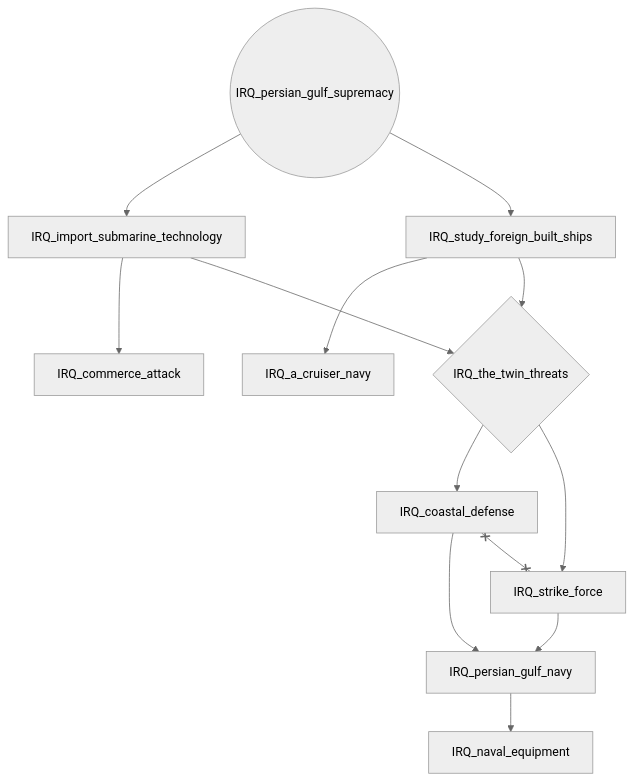
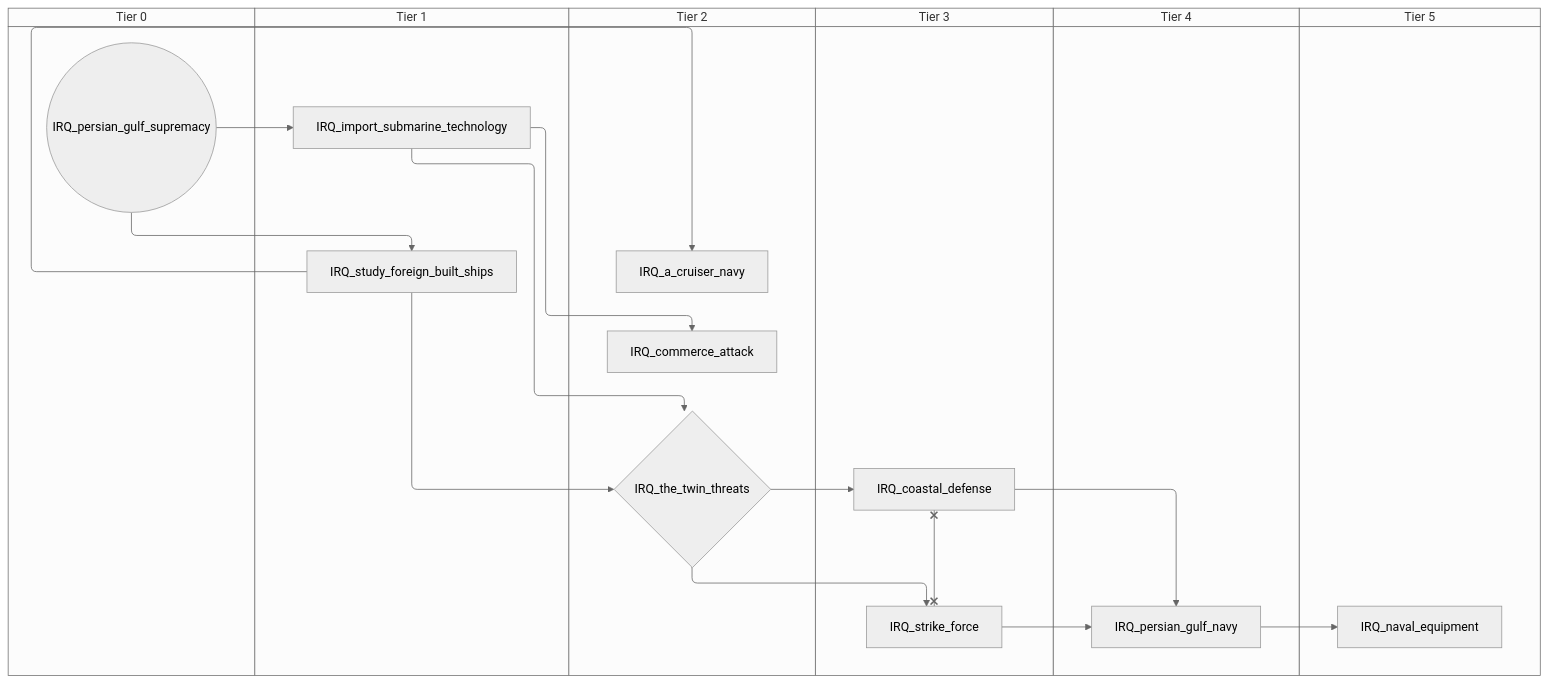
The third of 6 diagrams in docs/gdd/National Focuses/r56_iraq.md (evgeny-sobol/hoi4-sandbox-mode-r56), drawn with Mermaid (neutral theme) before and after one commit. The commit also changed other lines of this file and 423 other files, not shown here.

First line of the commit message:
Re-export Rt56 focus trees as swimlane diagrams

````diff
--- a/docs/gdd/National Focuses/r56_iraq.md
+++ b/docs/gdd/National Focuses/r56_iraq.md
@@ -77,25 +105,37 @@
 ```mermaid
-flowchart TD
-    n29["IRQ_a_cruiser_navy"]
-    n30["IRQ_coastal_defense"]
-    n31["IRQ_commerce_attack"]
-    n32["IRQ_import_submarine_technology"]
-    n33["IRQ_naval_equipment"]
-    n34["IRQ_persian_gulf_navy"]
-    n35(("IRQ_persian_gulf_supremacy"))
-    n36["IRQ_strike_force"]
-    n37["IRQ_study_foreign_built_ships"]
-    n38{"IRQ_the_twin_threats"}
-    n37 --> n29
-    n38 --> n30
-    n32 --> n31
-    n35 --> n32
-    n34 --> n33
-    n36 --> n34
+swimlane-beta TD
+    subgraph tier_0["Tier 0"]
+        n29(("IRQ_persian_gulf_supremacy"))
+    end
+    subgraph tier_1["Tier 1"]
+        n30["IRQ_import_submarine_technology"]
+        n31["IRQ_study_foreign_built_ships"]
+    end
+    subgraph tier_2["Tier 2"]
+        n32["IRQ_a_cruiser_navy"]
+        n33["IRQ_commerce_attack"]
+        n34{"IRQ_the_twin_threats"}
+    end
+    subgraph tier_3["Tier 3"]
+        n35["IRQ_coastal_defense"]
+        n36["IRQ_strike_force"]
+    end
+    subgraph tier_4["Tier 4"]
+        n37["IRQ_persian_gulf_navy"]
+    end
+    subgraph tier_5["Tier 5"]
+        n38["IRQ_naval_equipment"]
+    end
+    n31 --> n32
+    n34 --> n35
+    n30 --> n33
+    n29 --> n30
+    n37 --> n38
+    n36 --> n37
+    n35 --> n37
+    n34 --> n36
+    n29 --> n31
     n30 --> n34
-    n38 --> n36
-    n35 --> n37
-    n32 --> n38
-    n37 --> n38
-    n30 x--x n36
+    n31 --> n34
+    n35 x--x n36
 ```
````
